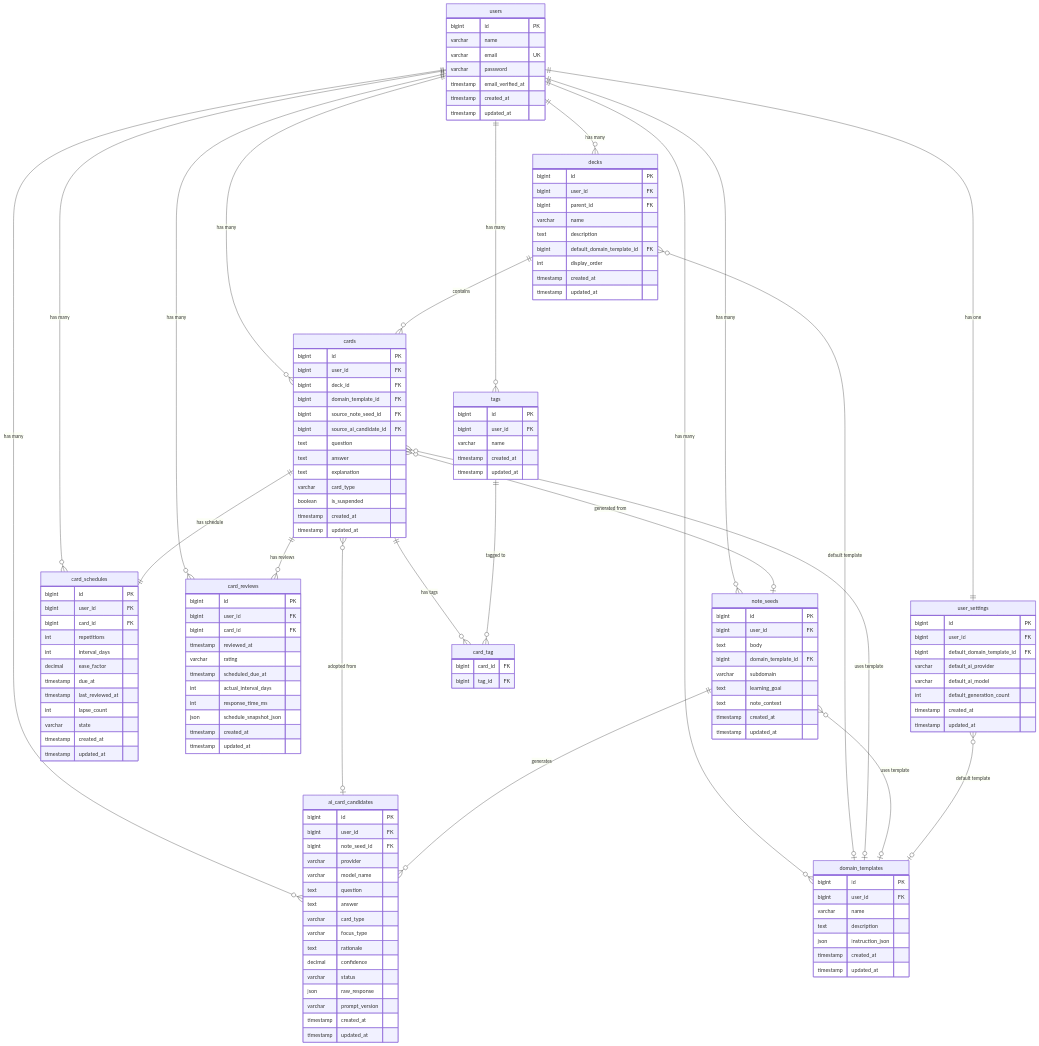
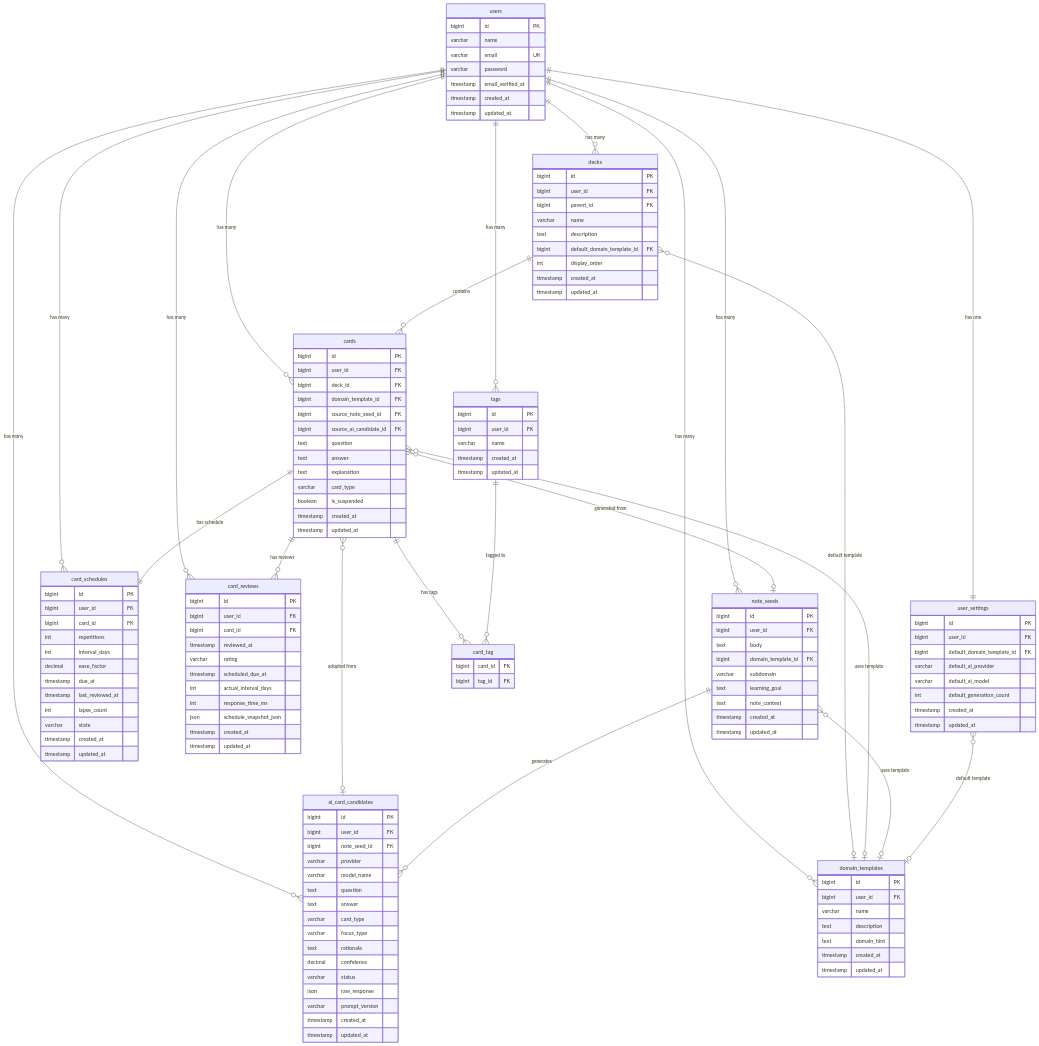
One commit to Horita-Kaito/anki_ai_flashcard changed the diagram in docs/02_er_diagram.md. Above: the diagram before and after it, drawn with Mermaid. The commit also changed other lines of this file and 30 other files, not shown here.

```diff
--- a/docs/02_er_diagram.md
+++ b/docs/02_er_diagram.md
@@ -118,7 +118,7 @@
         bigint user_id FK
         varchar name
         text description
-        json instruction_json
+        text domain_hint
         timestamp created_at
         timestamp updated_at
     }
```
